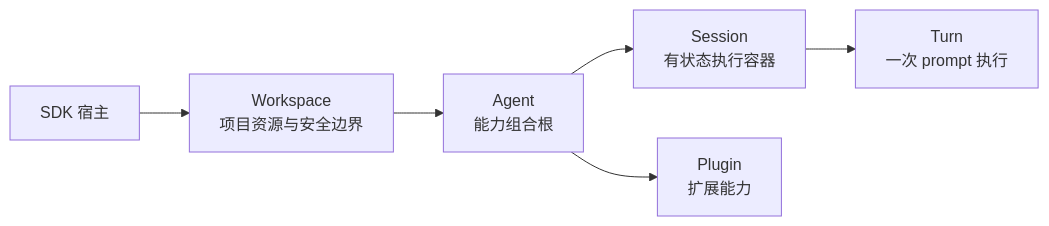
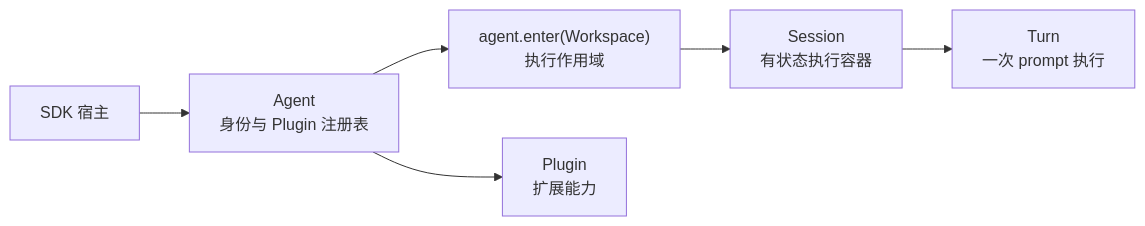
The diagram in homepage/content/agent-sdk-docs/zh/index.mdx (genesiscosmos/downcity), drawn with Mermaid before and after one commit. The commit also changed other lines of this file and 154 other files, not shown here.

Commit message:
refactor(agent): centralize workspace runtime storage

````diff
--- a/homepage/content/agent-sdk-docs/zh/index.mdx
+++ b/homepage/content/agent-sdk-docs/zh/index.mdx
@@ -12,8 +12,8 @@
 ```mermaid
 flowchart LR
-    Host["SDK 宿主"] --> Workspace["Workspace<br/>项目资源与安全边界"]
-    Workspace --> Agent["Agent<br/>能力组合根"]
-    Agent --> Session["Session<br/>有状态执行容器"]
+    Host["SDK 宿主"] --> Agent["Agent<br/>身份与 Plugin 注册表"]
+    Agent --> Workspace["agent.enter(Workspace)<br/>执行作用域"]
+    Workspace --> Session["Session<br/>有状态执行容器"]
     Session --> Turn["Turn<br/>一次 prompt 执行"]
     Agent --> Plugin["Plugin<br/>扩展能力"]
 ```
````
